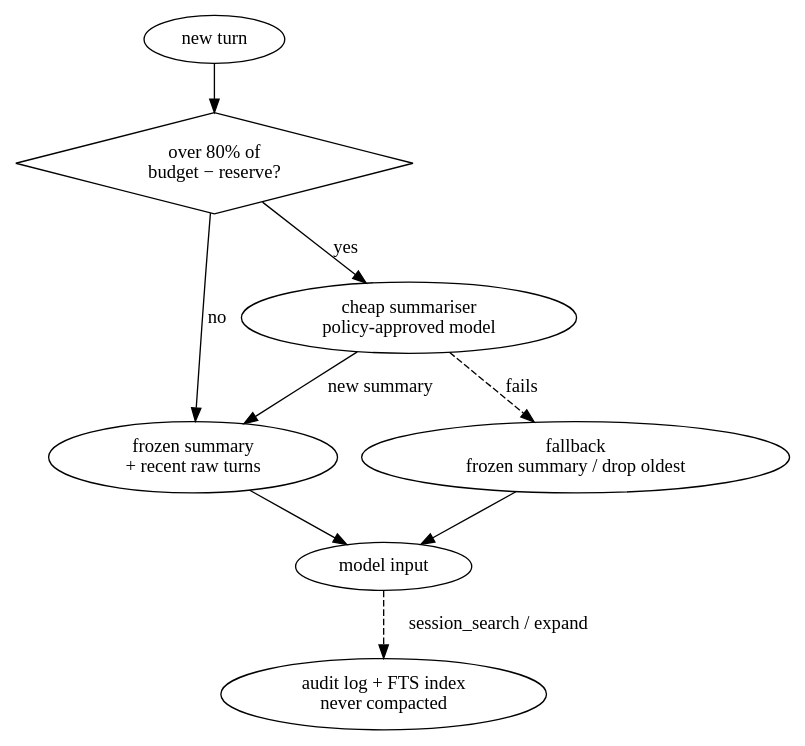
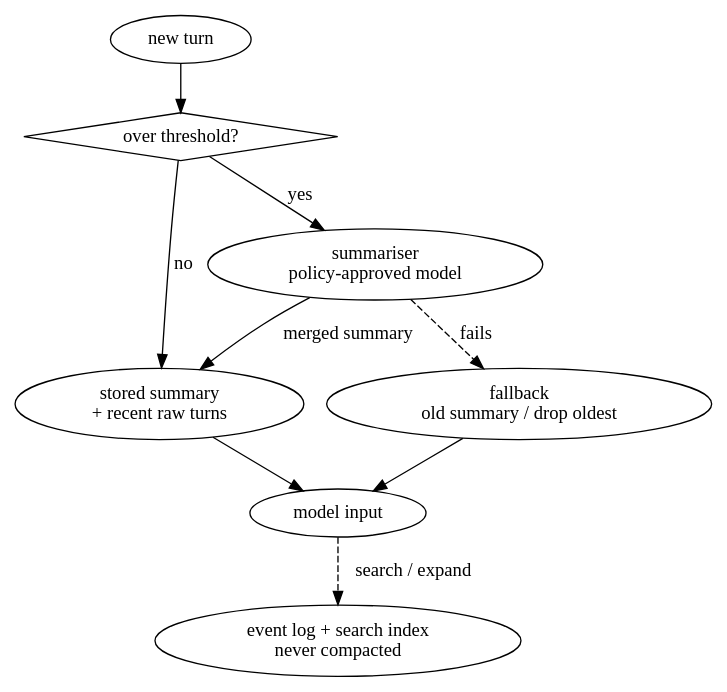
One commit to Shaunfurtado/Shaunfurtado.github.io changed the diagram in src/assets/blog-diagrams/09-agent-context-compaction-checkpoints.dot. Above: the diagram before and after it, drawn with Graphviz. The commit also changed 31 other files, not shown here.

```diff
--- a/src/assets/blog-diagrams/09-agent-context-compaction-checkpoints.dot
+++ b/src/assets/blog-diagrams/09-agent-context-compaction-checkpoints.dot
@@ -1,18 +1,18 @@
 digraph compaction {
 rankdir=TB;
 turn [label="new turn"];
-check [label="over 80% of\nbudget − reserve?", shape=diamond, style=""];
-reuse [label="frozen summary\n+ recent raw turns"];
-summ [label="cheap summariser\npolicy-approved model", class="key"];
-fall [label="fallback\nfrozen summary / drop oldest", class="ghost"];
+check [label="over threshold?", shape=diamond, style=""];
+reuse [label="stored summary\n+ recent raw turns"];
+summ [label="summariser\npolicy-approved model", class="key"];
+fall [label="fallback\nold summary / drop oldest", class="ghost"];
 input [label="model input"];
-index [label="audit log + FTS index\nnever compacted"];
+log [label="event log + search index\nnever compacted"];
 turn -> check;
 check -> reuse [label="no"];
 check -> summ [label="yes"];
-summ -> reuse [label="new summary"];
+summ -> reuse [label="merged summary"];
 summ -> fall [label="fails", style=dashed];
 reuse -> input;
 fall -> input;
-input -> index [label="session_search / expand", style=dashed];
+input -> log [label="search / expand", style=dashed];
 }
```
